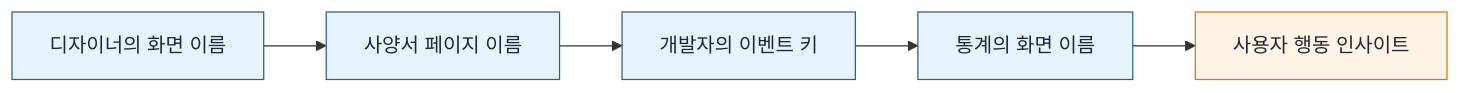
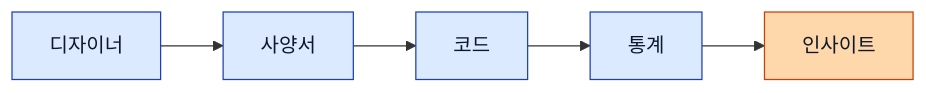
The first of 7 diagrams in content/diary/c/1.md (linisia/eric-company), drawn with Mermaid before and after one commit. The commit also changed other lines of this file, not shown here.

````diff
--- a/content/diary/c/1.md
+++ b/content/diary/c/1.md
@@ -27,12 +31,12 @@
 ```mermaid
 flowchart LR
-    A["디자이너의 화면 이름"] --> B["사양서 페이지 이름"]
-    B --> C["개발자의 이벤트 키"]
-    C --> D["통계의 화면 이름"]
-    D --> E["사용자 행동 인사이트"]
-    style A fill:#e8f4fd,stroke:#2c5e8f,color:#1f2937
-    style B fill:#e8f4fd,stroke:#2c5e8f,color:#1f2937
-    style C fill:#e8f4fd,stroke:#2c5e8f,color:#1f2937
-    style D fill:#e8f4fd,stroke:#2c5e8f,color:#1f2937
-    style E fill:#fff4e6,stroke:#d97706,color:#1f2937
+    A[디자이너] --> B[사양서]
+    B --> C[코드]
+    C --> D[통계]
+    D --> E[인사이트]
+    style A fill:#dbeafe,stroke:#1e40af,color:#0f172a
+    style B fill:#dbeafe,stroke:#1e40af,color:#0f172a
+    style C fill:#dbeafe,stroke:#1e40af,color:#0f172a
+    style D fill:#dbeafe,stroke:#1e40af,color:#0f172a
+    style E fill:#fed7aa,stroke:#c2410c,color:#0f172a
 ```
````
